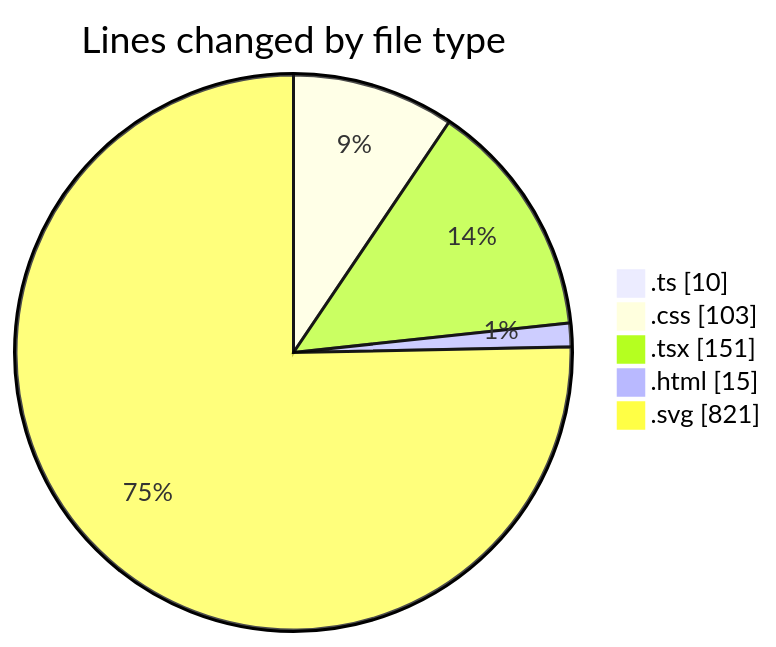
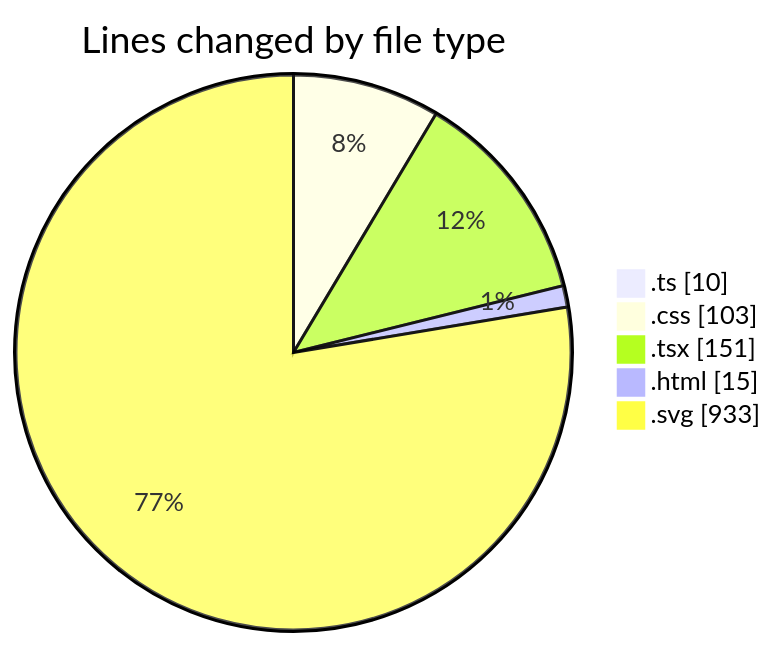
Before and after one commit to EIIisD/code-tracking: the first of 2 diagrams in 2025-07-31/tw-server/README.md, drawn with Mermaid. The commit also changed other lines of this file and 1 other file, not shown here.

````diff
--- a/2025-07-31/tw-server/README.md
+++ b/2025-07-31/tw-server/README.md
@@ -31,9 +32,9 @@
 ```mermaid
 pie showData
 title Lines changed by file type
 ".ts" : 10
 ".css" : 103
 ".tsx" : 151
 ".html" : 15
-".svg" : 821
+".svg" : 933
 ```
````
